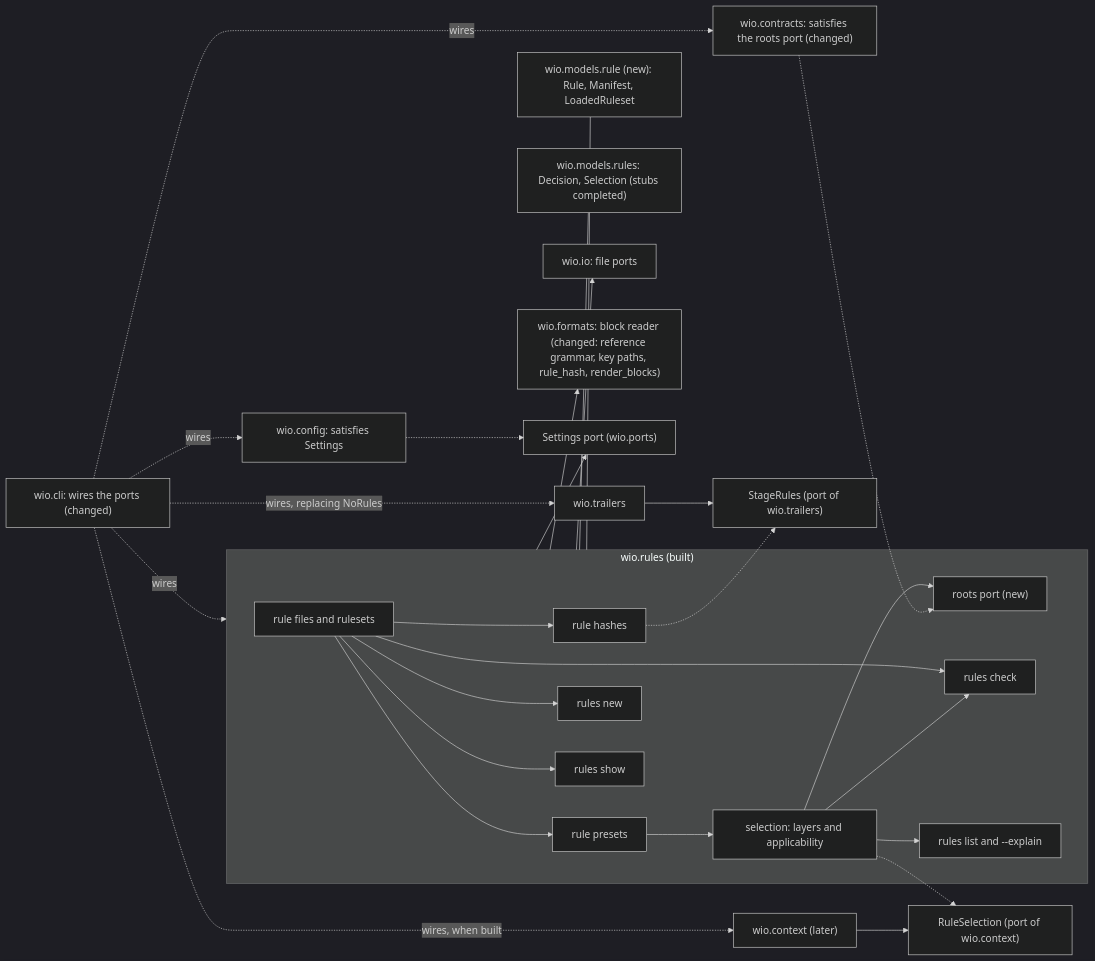
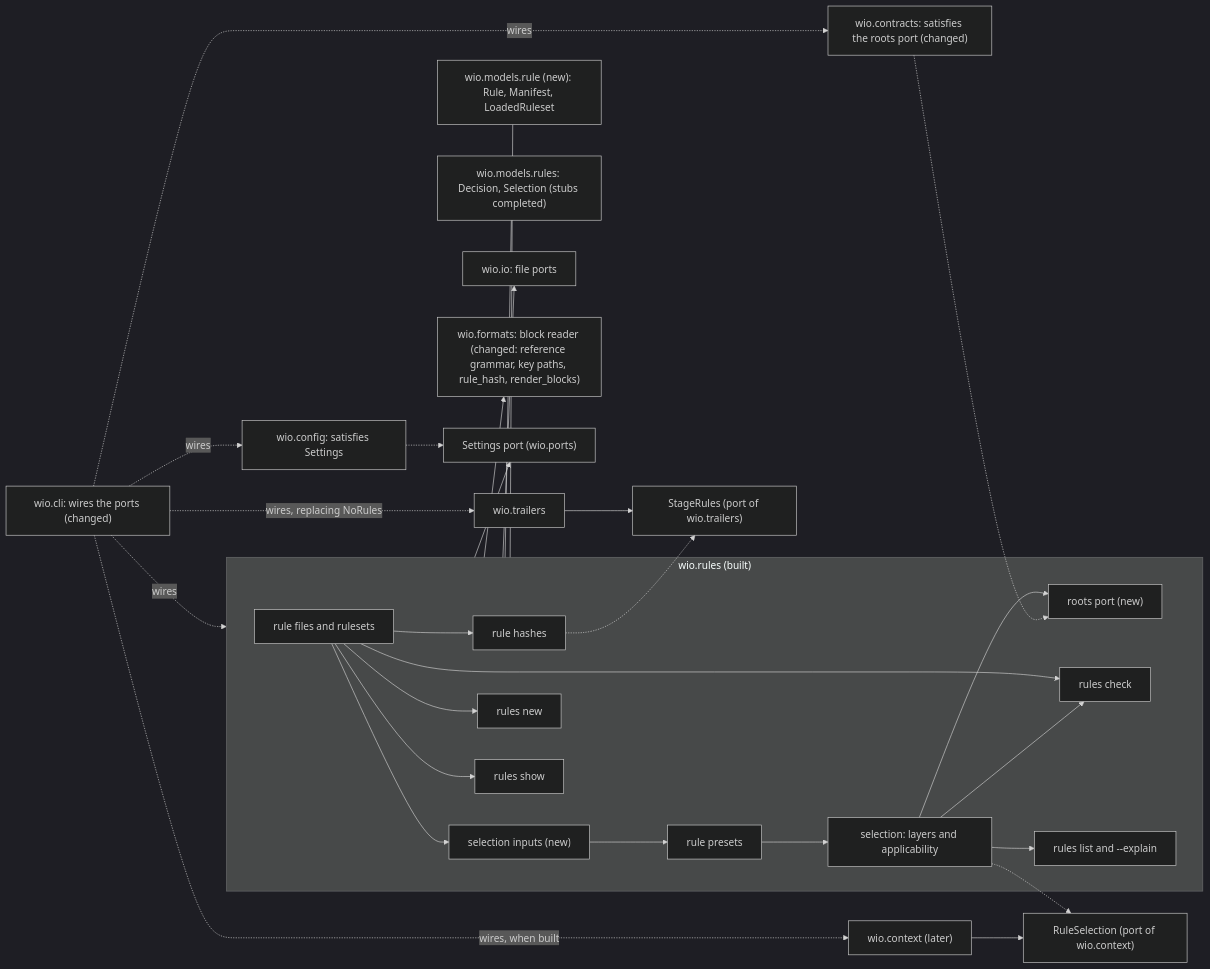
The second of 2 diagrams in .agents/wio/works/wio-rules/README.md (msitarz/wio), drawn with Mermaid (dark theme) before and after one commit. The commit also changed other lines of this file and 12 other files, not shown here.

````diff
--- a/.agents/wio/works/wio-rules/README.md
+++ b/.agents/wio/works/wio-rules/README.md
@@ -287,50 +291,51 @@
 ```mermaid
 flowchart LR
     subgraph rules["wio.rules (built)"]
         files["rule files and rulesets"]
         presets["rule presets"]
         select["selection: layers and applicability"]
         hashes["rule hashes"]
+        inputs["selection inputs (new)"]
         rootsport["roots port (new)"]
         new["rules new"]
         check["rules check"]
         list["rules list and --explain"]
         show["rules show"]
     end
     ruledata["wio.models.rule (new): Rule, Manifest, LoadedRuleset"]
     models["wio.models.rules: Decision, Selection (stubs completed)"]
     io["wio.io: file ports"]
     fmt["wio.formats: block reader (changed: reference grammar, key paths, rule_hash, render_blocks)"]
     settings["Settings port (wio.ports)"]
     selport["RuleSelection (port of wio.context)"]
     stageport["StageRules (port of wio.trailers)"]
     config["wio.config: satisfies Settings"]
     contracts["wio.contracts: satisfies the roots port (changed)"]
     ctx["wio.context (later)"]
     trl["wio.trailers"]
     cli["wio.cli: wires the ports (changed)"]
-    files --> presets --> select
+    files --> inputs --> presets --> select
     files --> new
     files --> check
     files --> show
     files --> hashes
     select --> check
     select --> list
     select --> rootsport
     rules --- ruledata
     rules --- models
     rules --> io
     rules --> fmt
     rules --> settings
     config -.-> settings
     contracts -.-> rootsport
     select -.-> selport
     hashes -.-> stageport
     ctx --> selport
     trl --> stageport
     cli -. "wires" .-> rules
     cli -. "wires" .-> config
     cli -. "wires" .-> contracts
     cli -. "wires, replacing NoRules" .-> trl
     cli -. "wires, when built" .-> ctx
 ```
````
